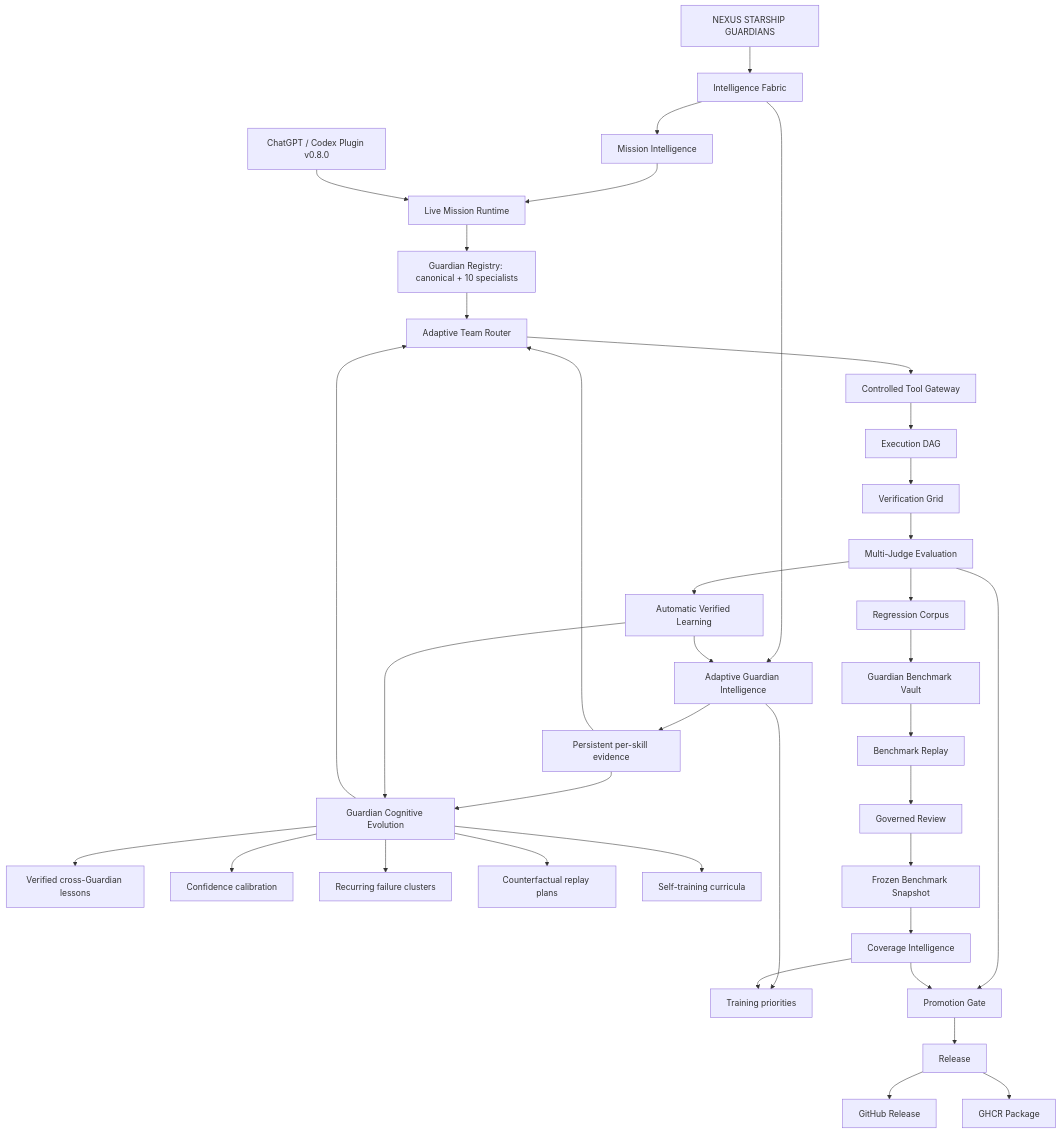
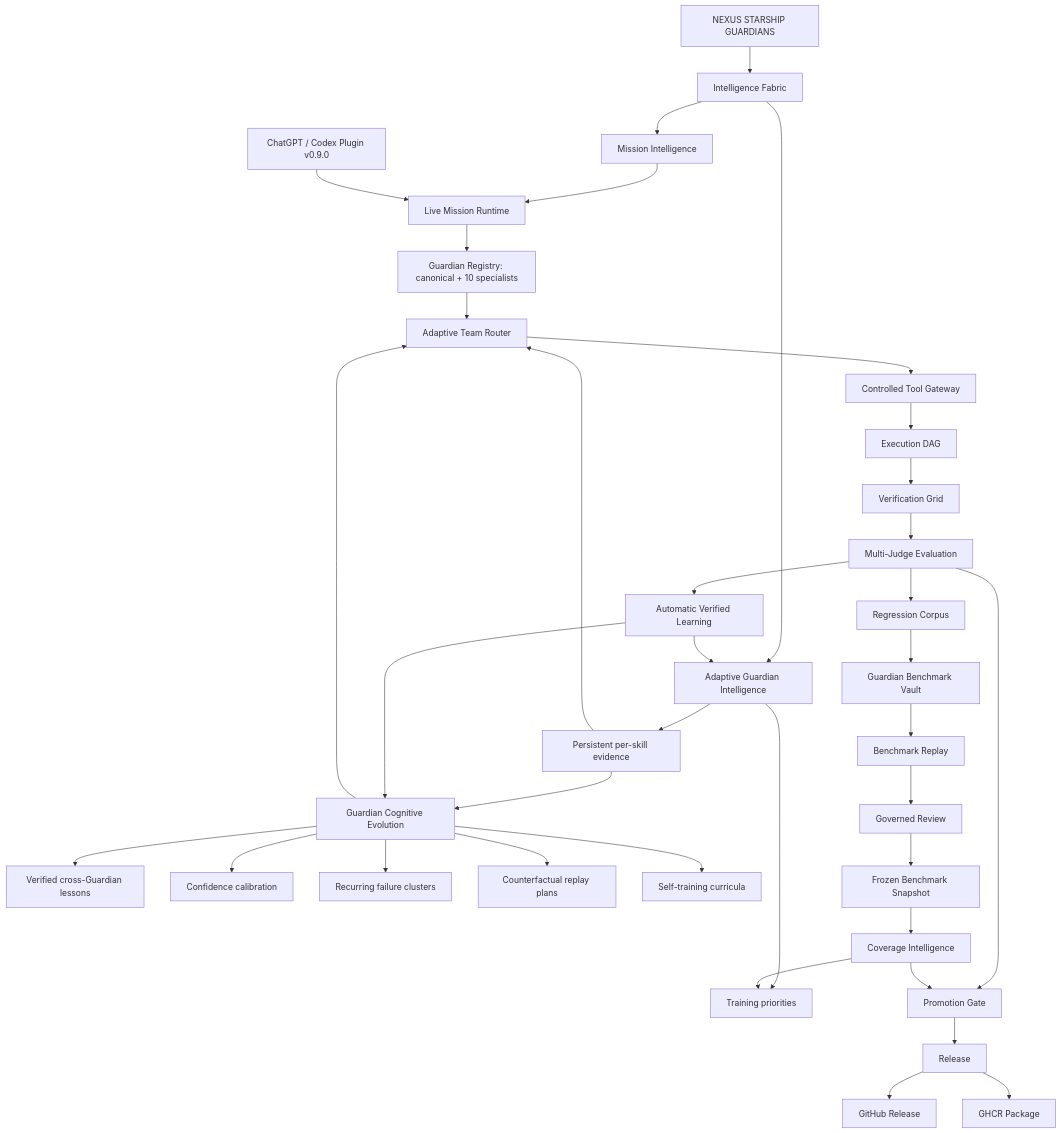
One commit to lois4801/NEXUS-Starship-Guardians changed the diagram in docs/CURRENT_STATE.md. Above: the diagram before and after it, drawn with Mermaid. The commit also changed other lines of this file and 65 other files, not shown here.

First line of the commit message:
v0.9.0 — 32-role specialist roster, company runtime, premium motion-graphic docs + website (#14)

````diff
--- a/docs/CURRENT_STATE.md
+++ b/docs/CURRENT_STATE.md
@@ -9,46 +9,46 @@
 ```mermaid
 flowchart TD
     A[NEXUS STARSHIP GUARDIANS] --> B[Intelligence Fabric]
     B --> MI[Mission Intelligence]
     MI --> MR[Live Mission Runtime]
     MR --> REG[Guardian Registry: canonical + 10 specialists]
 
     B --> AGI[Adaptive Guardian Intelligence]
     AGI --> SK[Persistent per-skill evidence]
     AGI --> TP[Training priorities]
 
     SK --> CE[Guardian Cognitive Evolution]
     CE --> KL[Verified cross-Guardian lessons]
     CE --> CC[Confidence calibration]
     CE --> FC[Recurring failure clusters]
     CE --> CF[Counterfactual replay plans]
     CE --> SC[Self-training curricula]
 
     REG --> AR[Adaptive Team Router]
     SK --> AR
     CE --> AR
     AR --> TG[Controlled Tool Gateway]
     TG --> EX[Execution DAG]
     EX --> VG[Verification Grid]
     VG --> MJ[Multi-Judge Evaluation]
 
     MJ --> AL[Automatic Verified Learning]
     AL --> AGI
     AL --> CE
 
     MJ --> RC[Regression Corpus]
     RC --> BV[Guardian Benchmark Vault]
     BV --> BR[Benchmark Replay]
     BR --> GR[Governed Review]
     GR --> BS[Frozen Benchmark Snapshot]
     BS --> CI[Coverage Intelligence]
     CI --> TP
 
     MJ --> PG[Promotion Gate]
     CI --> PG
     PG --> REL[Release]
     REL --> GHR[GitHub Release]
     REL --> GHCR[GHCR Package]
 
-    PL[ChatGPT / Codex Plugin v0.8.0] --> MR
+    PL[ChatGPT / Codex Plugin v0.9.0] --> MR
 ```
````
